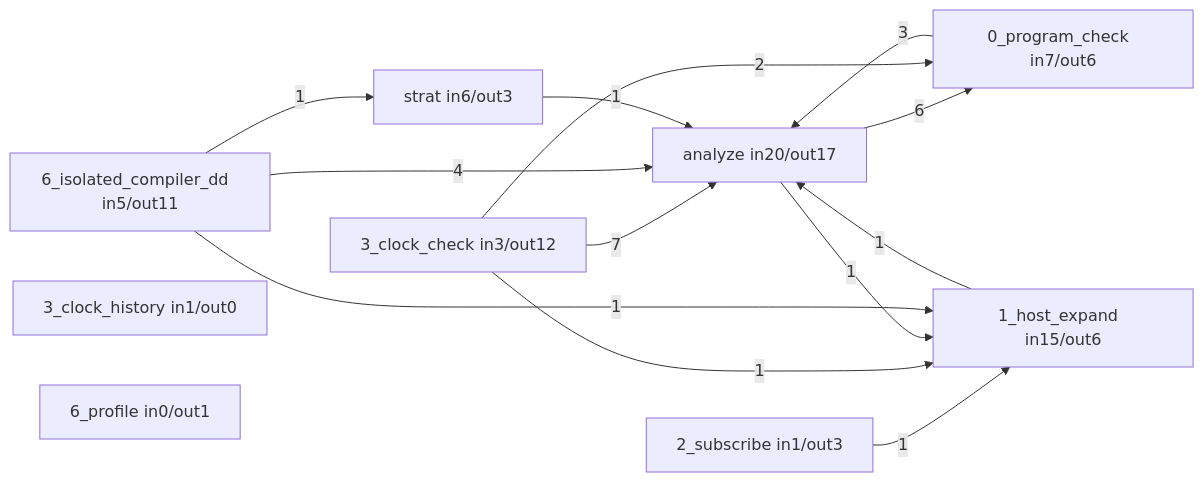
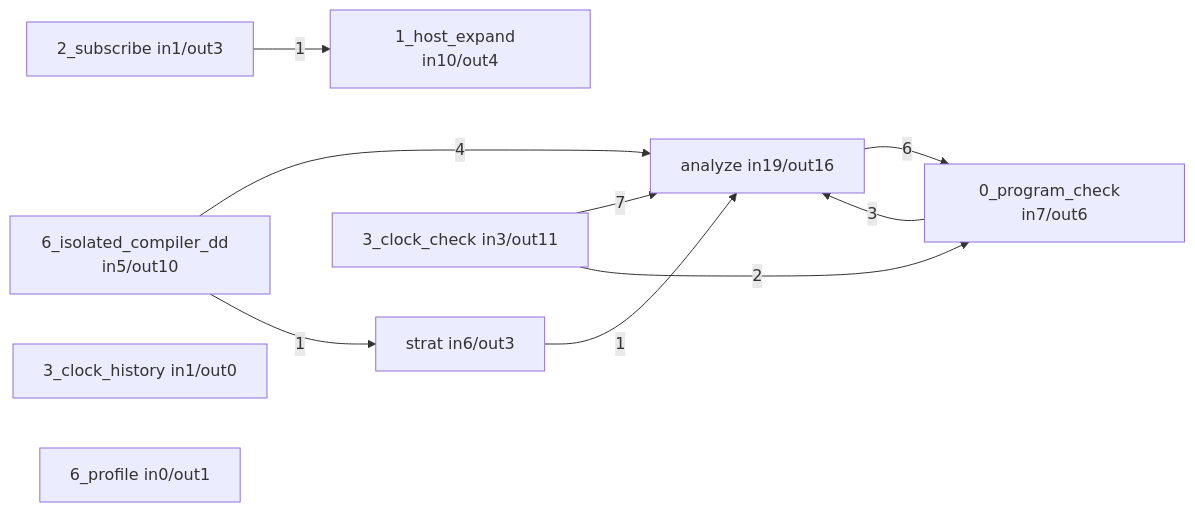
One commit to hafley66/sprefa changed the third of 6 diagrams in docs/selfdoc/compiler.md. Above: the diagram before and after it, drawn with Mermaid. The commit also changed other lines of this file and 63 other files, not shown here.

````diff
--- a/docs/selfdoc/compiler.md
+++ b/docs/selfdoc/compiler.md
@@ -150,24 +150,20 @@
 ```mermaid
 flowchart LR
-  n1["analyze  in20/out17"]
-  n2["1_host_expand  in15/out6"]
+  n1["analyze  in19/out16"]
+  n2["1_host_expand  in10/out4"]
   n3["0_program_check  in7/out6"]
   n4["strat  in6/out3"]
-  n5["6_isolated_compiler_dd  in5/out11"]
-  n6["3_clock_check  in3/out12"]
+  n5["6_isolated_compiler_dd  in5/out10"]
+  n6["3_clock_check  in3/out11"]
   n7["2_subscribe  in1/out3"]
   n8["3_clock_history  in1/out0"]
   n9["6_profile  in0/out1"]
   n6 -->|7| n1
   n1 -->|6| n3
   n5 -->|4| n1
   n3 -->|3| n1
   n6 -->|2| n3
-  n2 -->|1| n1
   n7 -->|1| n2
-  n6 -->|1| n2
-  n1 -->|1| n2
-  n5 -->|1| n2
   n5 -->|1| n4
   n4 -->|1| n1
 ```
````
